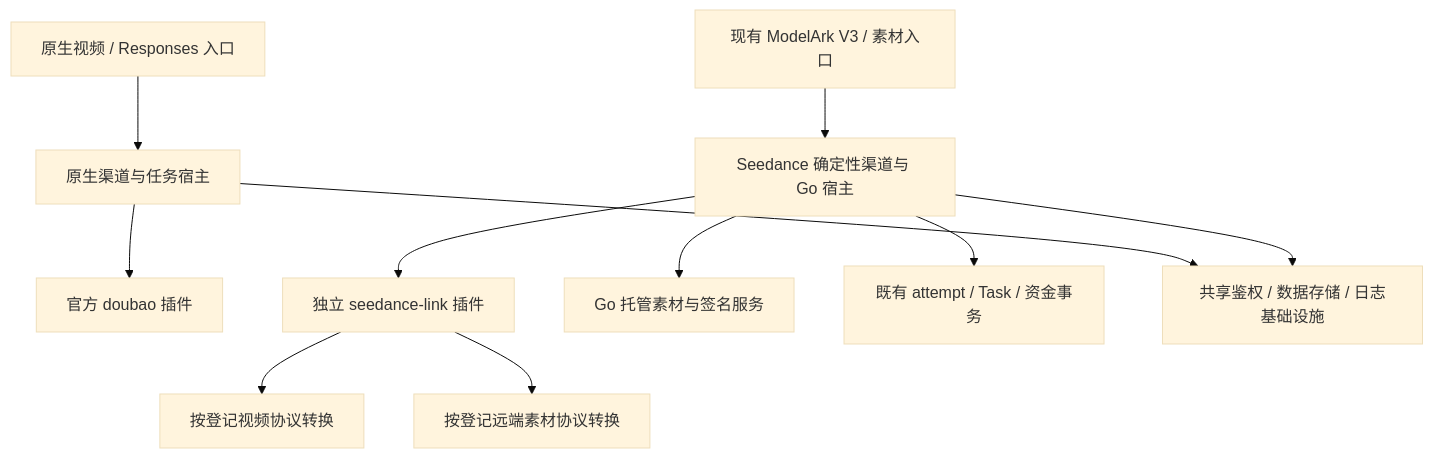
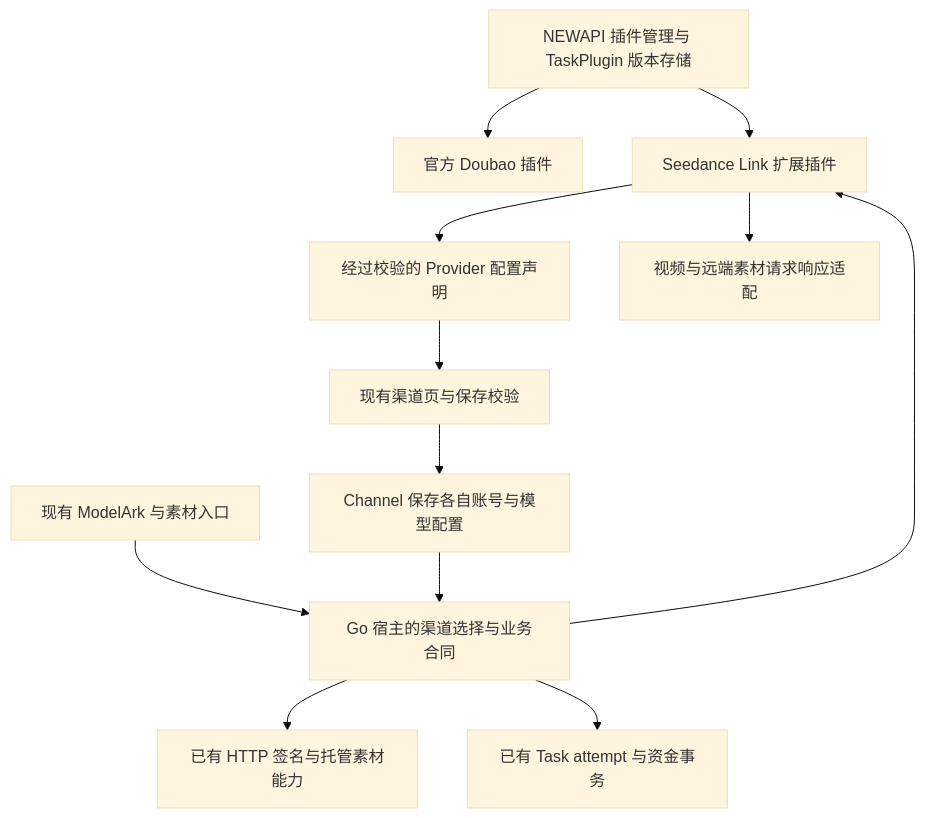
One commit to wuqiang44444444/new-api changed the diagram in docs/80-dev/2026-09-09-Seedance独立插件迁移方案.md. Above: the diagram before and after it, drawn with Mermaid (base theme). The commit also changed other lines of this file and 200 other files, not shown here.

````diff
--- a/docs/80-dev/2026-09-09-Seedance独立插件迁移方案.md
+++ b/docs/80-dev/2026-09-09-Seedance独立插件迁移方案.md
@@ -86,13 +97,14 @@
 ```mermaid
 flowchart TD
-    N[原生视频 / Responses 入口] --> D[原生渠道与任务宿主]
-    D --> DP[官方 doubao 插件]
-    L[现有 ModelArk V3 / 素材入口] --> S[Seedance 确定性渠道与 Go 宿主]
-    S --> SP[独立 seedance-link 插件]
-    SP --> V[按登记视频协议转换]
-    SP --> A[按登记远端素材协议转换]
-    S --> H[Go 托管素材与签名服务]
-    S --> B[既有 attempt / Task / 资金事务]
-    D --> C[共享鉴权 / 数据存储 / 日志基础设施]
-    S --> C
+    M[NEWAPI 插件管理与 TaskPlugin 版本存储] --> D[官方 Doubao 插件]
+    M --> S[Seedance Link 扩展插件]
+    S --> C[经过校验的 Provider 配置声明]
+    C --> F[现有渠道页与保存校验]
+    F --> CH[Channel 保存各自账号与模型配置]
+    L[现有 ModelArk 与素材入口] --> H[Go 宿主的渠道选择与业务合同]
+    CH --> H
+    H --> S
+    S --> V[视频与远端素材请求响应适配]
+    H --> T[已有 HTTP 签名与托管素材能力]
+    H --> B[已有 Task attempt 与资金事务]
 ```
````
